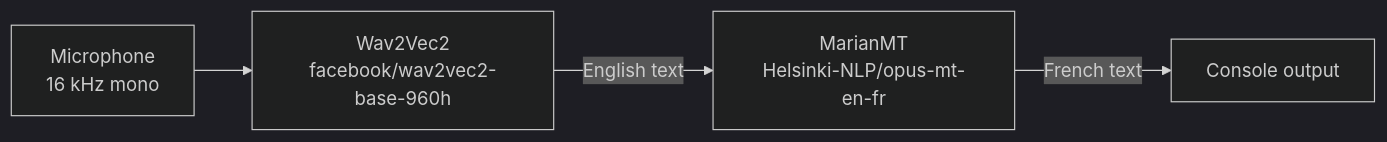
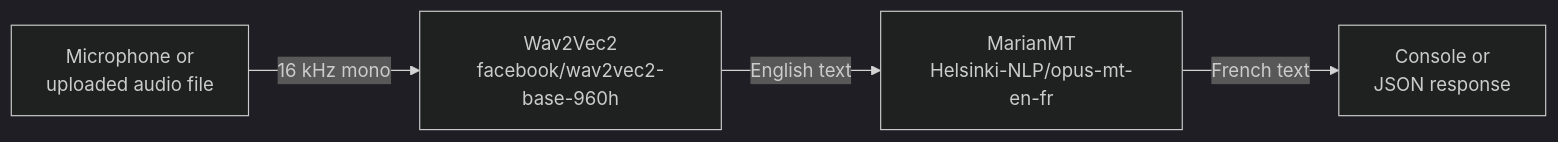
Before and after one commit to RanyaRhazi/CapstoneProject: the diagram in README.md, drawn with Mermaid (dark theme). The commit also changed other lines of this file, not shown here.

````diff
--- a/README.md
+++ b/README.md
@@ -18,6 +20,6 @@
 ```mermaid
 flowchart LR
-    A[Microphone<br/>16 kHz mono] --> B[Wav2Vec2<br/>facebook/wav2vec2-base-960h]
+    A[Microphone or<br/>uploaded audio file] -->|16 kHz mono| B[Wav2Vec2<br/>facebook/wav2vec2-base-960h]
     B -->|English text| C[MarianMT<br/>Helsinki-NLP/opus-mt-en-fr]
-    C -->|French text| D[Console output]
+    C -->|French text| D[Console or<br/>JSON response]
 ```
````
